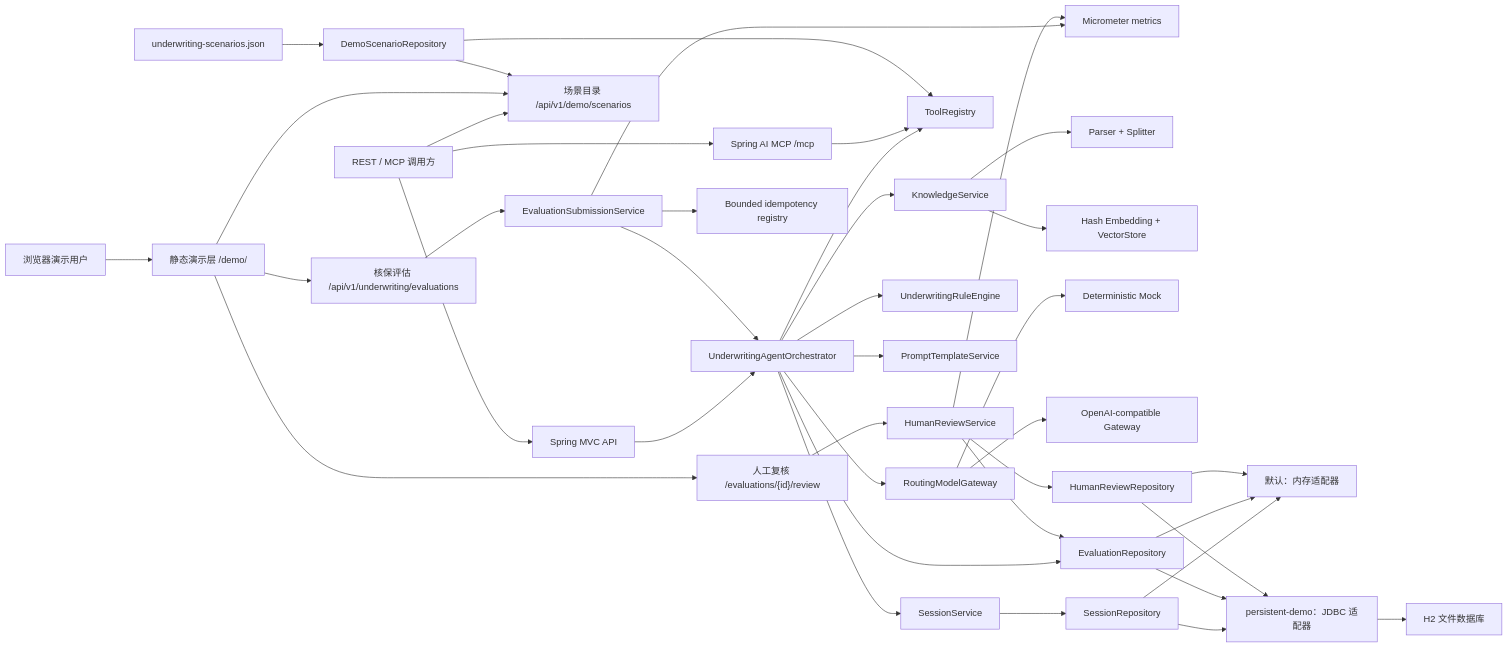
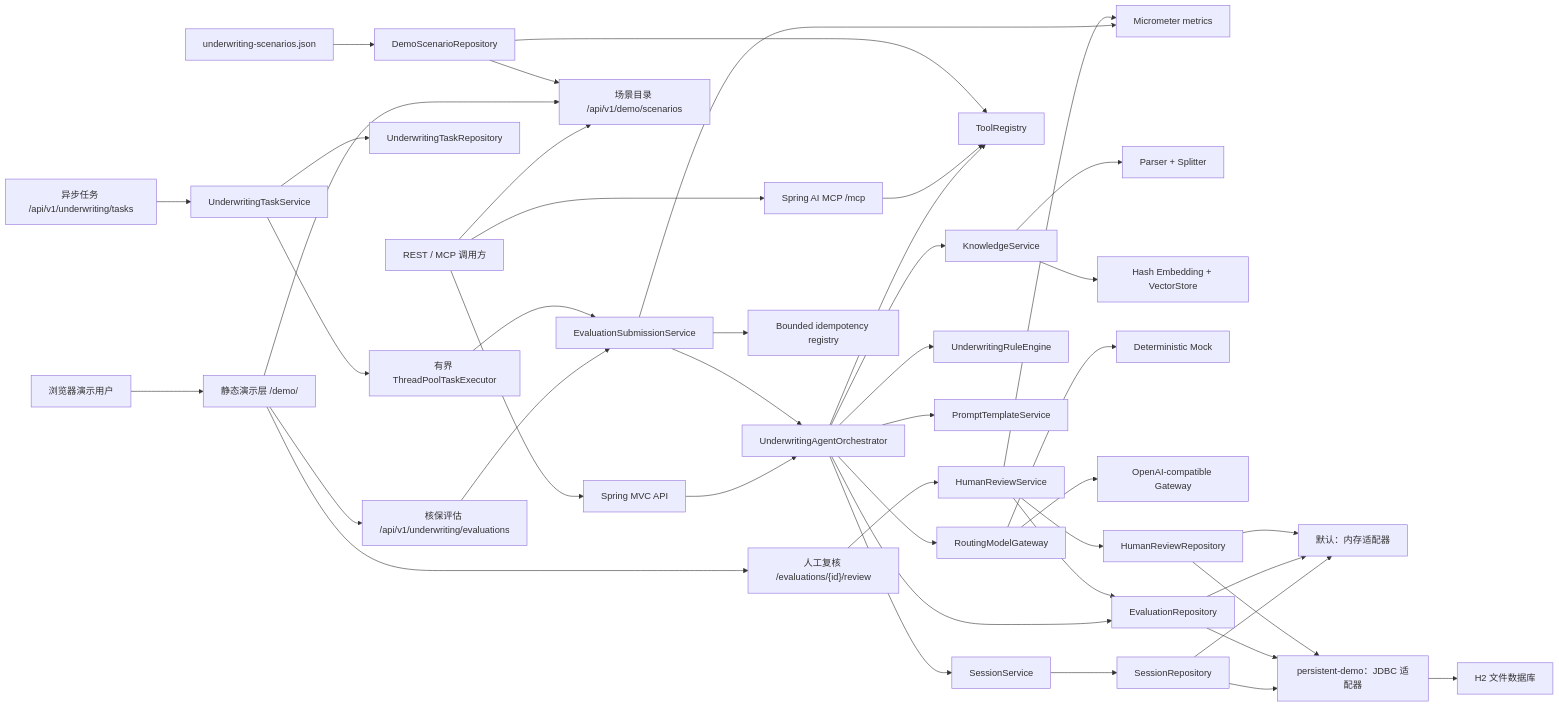
One commit to hrniux/insurance-underwriting-agent-demo changed the first of 2 diagrams in docs/ARCHITECTURE.md. Above: the diagram before and after it, drawn with Mermaid. The commit also changed other lines of this file and 21 other files, not shown here.

````diff
--- a/docs/ARCHITECTURE.md
+++ b/docs/ARCHITECTURE.md
@@ -11,42 +11,46 @@
 ```mermaid
 flowchart LR
     User["REST / MCP 调用方"] --> API["Spring MVC API"]
     User --> MCP["Spring AI MCP /mcp"]
     User --> DemoAPI["场景目录 /api/v1/demo/scenarios"]
     DemoUser["浏览器演示用户"] --> Console["静态演示层 /demo/"]
     Console --> DemoAPI
     Console --> EvaluationAPI["核保评估 /api/v1/underwriting/evaluations"]
     Console --> ReviewAPI["人工复核 /evaluations/{id}/review"]
     API --> Agent["UnderwritingAgentOrchestrator"]
     EvaluationAPI --> Submission["EvaluationSubmissionService"]
+    TaskAPI["异步任务 /api/v1/underwriting/tasks"] --> TaskService["UnderwritingTaskService"]
+    TaskService --> TaskRepository["UnderwritingTaskRepository"]
+    TaskService --> TaskExecutor["有界 ThreadPoolTaskExecutor"]
+    TaskExecutor --> Submission
     Submission --> Agent
     Submission --> Metrics["Micrometer metrics"]
     Submission --> Idempotency["Bounded idempotency registry"]
     Agent --> Session["SessionService"]
     Agent --> Tools["ToolRegistry"]
     MCP --> Tools
     Data["underwriting-scenarios.json"] --> Scenarios["DemoScenarioRepository"]
     Scenarios --> Tools
     Scenarios --> DemoAPI
     Agent --> RAG["KnowledgeService"]
     RAG --> Split["Parser + Splitter"]
     RAG --> Vector["Hash Embedding + VectorStore"]
     Agent --> Rules["UnderwritingRuleEngine"]
     Agent --> Prompt["PromptTemplateService"]
     Agent --> Router["RoutingModelGateway"]
     Router --> Mock["Deterministic Mock"]
     Router --> Compatible["OpenAI-compatible Gateway"]
     Agent --> Evaluation["EvaluationRepository"]
     Session --> SessionRepository["SessionRepository"]
     ReviewAPI --> ReviewService["HumanReviewService"]
     ReviewService --> Evaluation
     ReviewService --> ReviewRepository["HumanReviewRepository"]
     ReviewService --> Metrics
     SessionRepository --> MemoryAdapters["默认：内存适配器"]
     Evaluation --> MemoryAdapters
     ReviewRepository --> MemoryAdapters
     SessionRepository --> JdbcAdapters["persistent-demo：JDBC 适配器"]
     Evaluation --> JdbcAdapters
     ReviewRepository --> JdbcAdapters
     JdbcAdapters --> H2["H2 文件数据库"]
 ```
````
